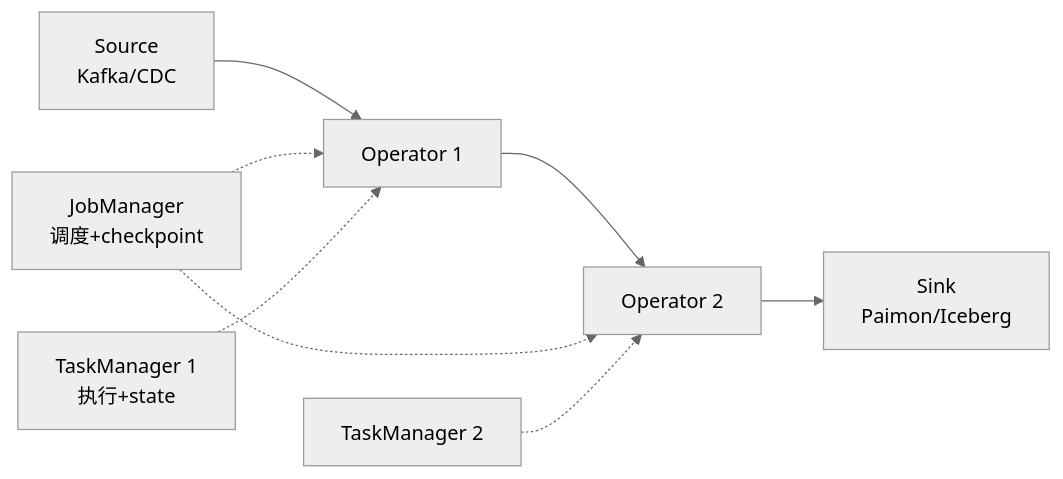
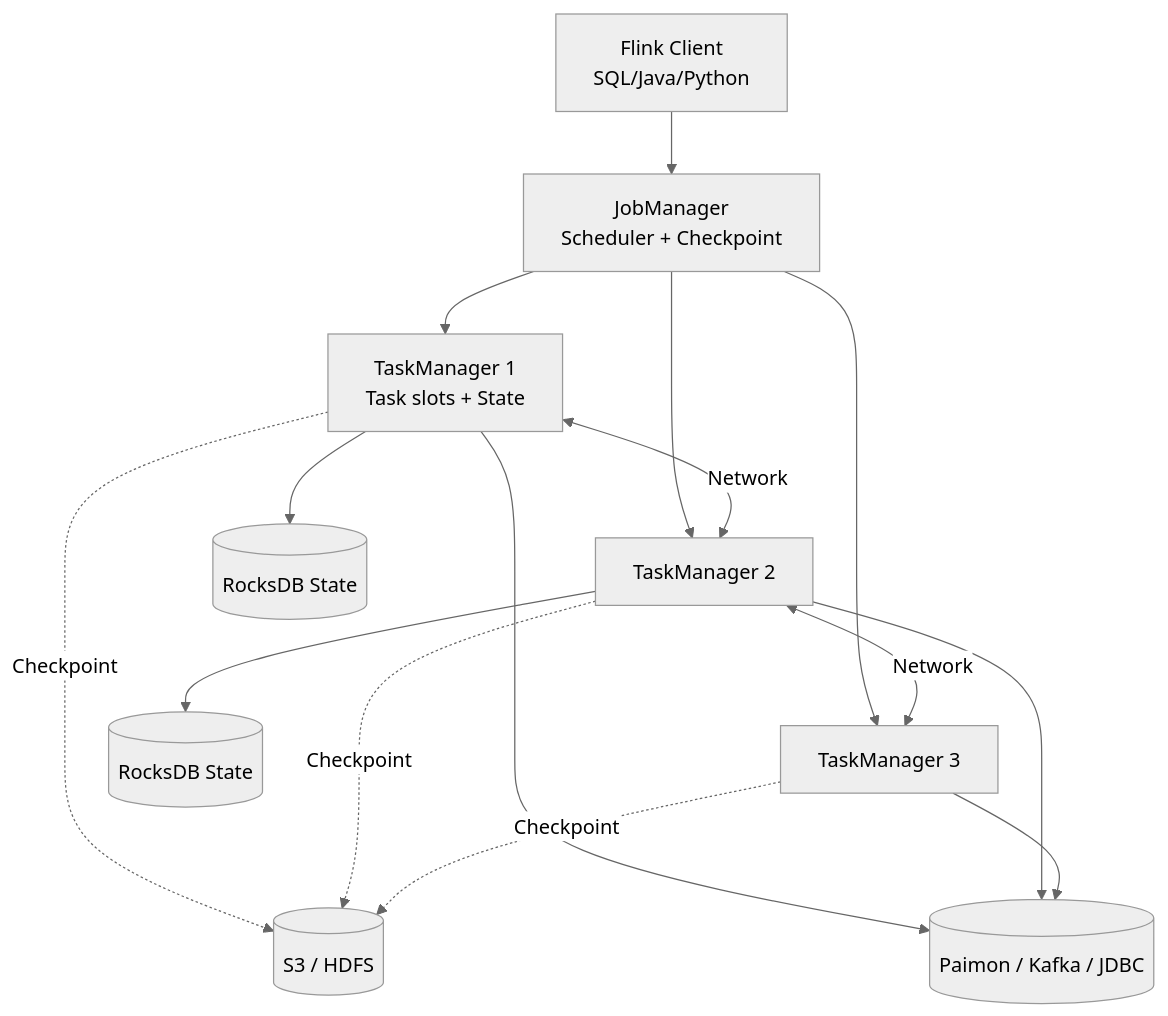
Before and after one commit to wangyong9999/lakehouse-wiki: the diagram in docs/query-engines/flink.md, drawn with Mermaid (neutral theme). The commit also changed other lines of this file and 2 other files, not shown here.

Commit message:
content(R1A.3): 引擎核心深化 trino/spark/flink 升 S 级

````diff
--- a/docs/query-engines/flink.md
+++ b/docs/query-engines/flink.md
@@ -29,10 +63,14 @@
 ```mermaid
-flowchart LR
-  src[Source<br/>Kafka/CDC] --> op1[Operator 1]
-  op1 --> op2[Operator 2]
-  op2 --> sink[Sink<br/>Paimon/Iceberg]
-  jm[JobManager<br/>调度+checkpoint] -.-> op1
-  jm -.-> op2
-  tm1[TaskManager 1<br/>执行+state] -.-> op1
-  tm2[TaskManager 2] -.-> op2
+flowchart TB
+  client[Flink Client<br/>SQL/Java/Python]
+  client --> jm[JobManager<br/>Scheduler + Checkpoint]
+  jm --> tm1[TaskManager 1<br/>Task slots + State]
+  jm --> tm2[TaskManager 2]
+  jm --> tm3[TaskManager 3]
+  tm1 <-->|Network| tm2
+  tm2 <-->|Network| tm3
+  tm1 --> state1[(RocksDB State)]
+  tm2 --> state2[(RocksDB State)]
+  tm1 & tm2 & tm3 -.Checkpoint.-> s3[(S3 / HDFS)]
+  tm1 & tm2 & tm3 --> sink[(Paimon / Kafka / JDBC)]
 ```
````
